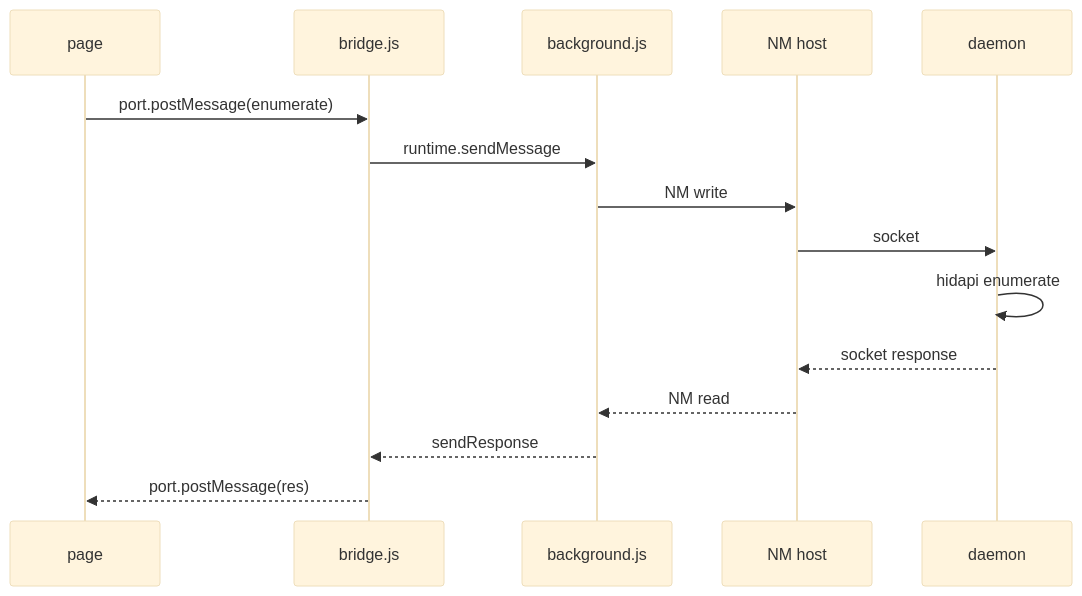
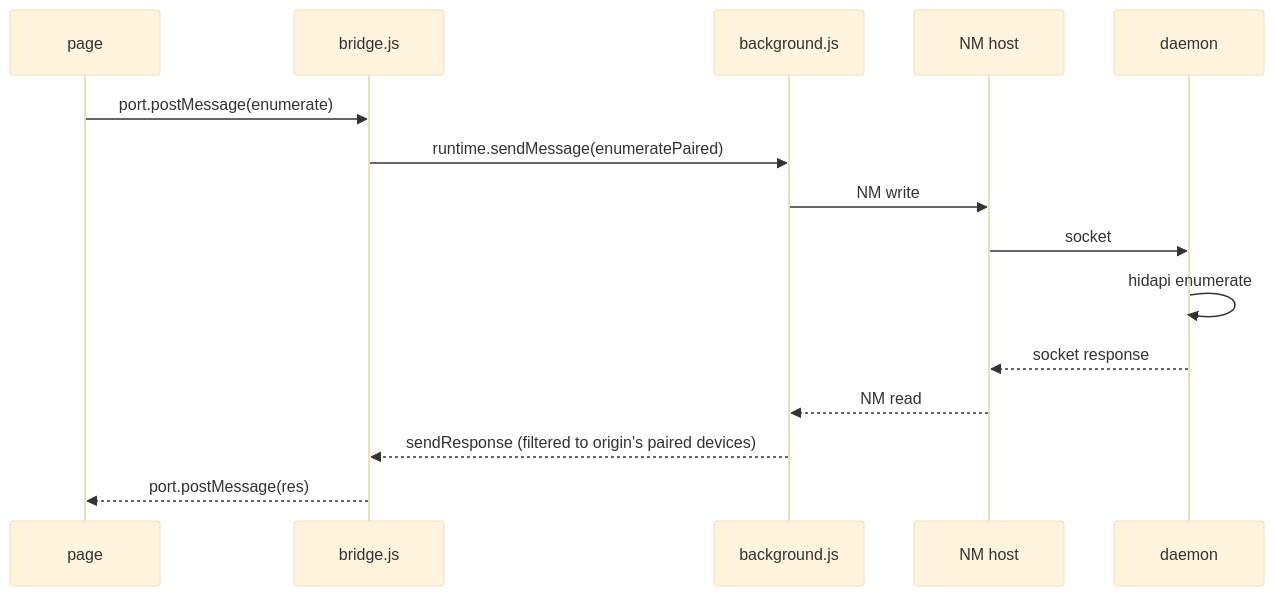
The second of 9 diagrams in docs/ARCHITECTURE.md (K4zoku/FF-WebHID), drawn with Mermaid (base theme) before and after one commit. The commit also changed other lines of this file and 8 other files, not shown here.

````diff
--- a/docs/ARCHITECTURE.md
+++ b/docs/ARCHITECTURE.md
@@ -263,18 +277,18 @@
 ```mermaid
 sequenceDiagram
     participant P as page
     participant B as bridge.js
     participant G as background.js
     participant N as NM host
     participant D as daemon
 
     P->>B: port.postMessage(enumerate)
-    B->>G: runtime.sendMessage
+    B->>G: runtime.sendMessage(enumeratePaired)
     G->>N: NM write
     N->>D: socket
     D->>D: hidapi enumerate
     D-->>N: socket response
     N-->>G: NM read
-    G-->>B: sendResponse
+    G-->>B: sendResponse (filtered to origin's paired devices)
     B-->>P: port.postMessage(res)
 ```
````
